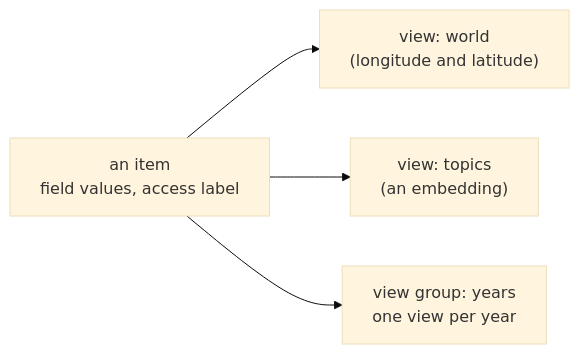
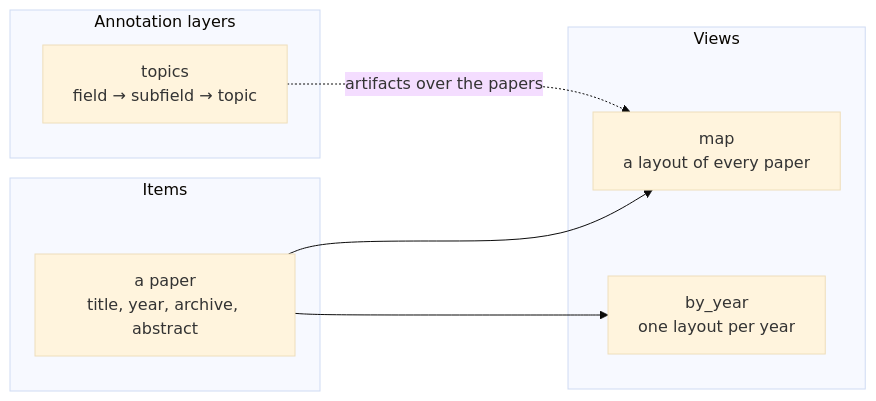
One commit to jennis0/tesseradb changed the diagram in docs/system/data-model.md. Above: the diagram before and after it, drawn with Mermaid (base theme). The commit also changed other lines of this file and 5 other files, not shown here.

Commit message:
Docs: the data model chapter follows one example through items, views, layers and vocabularies

````diff
--- a/docs/system/data-model.md
+++ b/docs/system/data-model.md
@@ -5,7 +12,16 @@
 ```mermaid
 flowchart LR
-  item["an item<br/>field values, access label"]
-  item --> w["view: world<br/>(longitude and latitude)"]
-  item --> e["view: topics<br/>(an embedding)"]
-  item --> y["view group: years<br/>one view per year"]
+  subgraph items["Items"]
+    p["a paper<br/>title, year, archive, abstract"]
+  end
+  subgraph views["Views"]
+    m["map<br/>a layout of every paper"]
+    y["by_year<br/>one layout per year"]
+  end
+  subgraph layers["Annotation layers"]
+    t["topics<br/>field → subfield → topic"]
+  end
+  p --> m
+  p --> y
+  t -. "artifacts over the papers" .-> m
 ```
````
